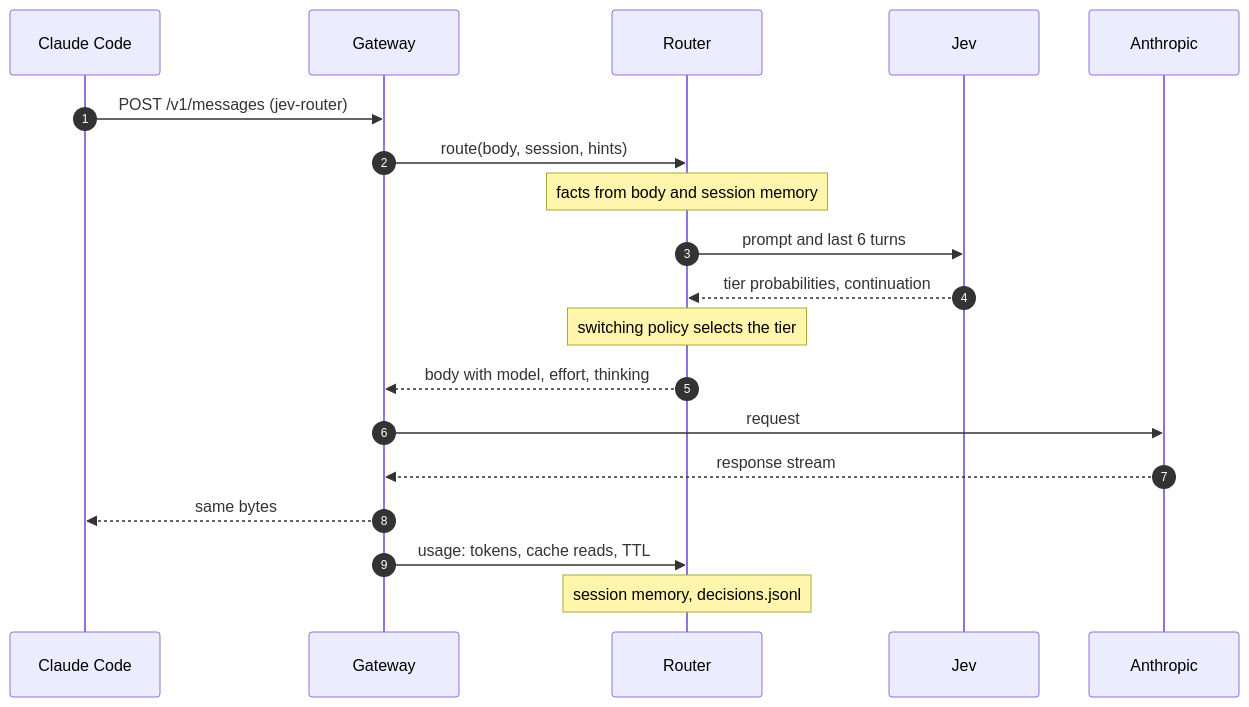
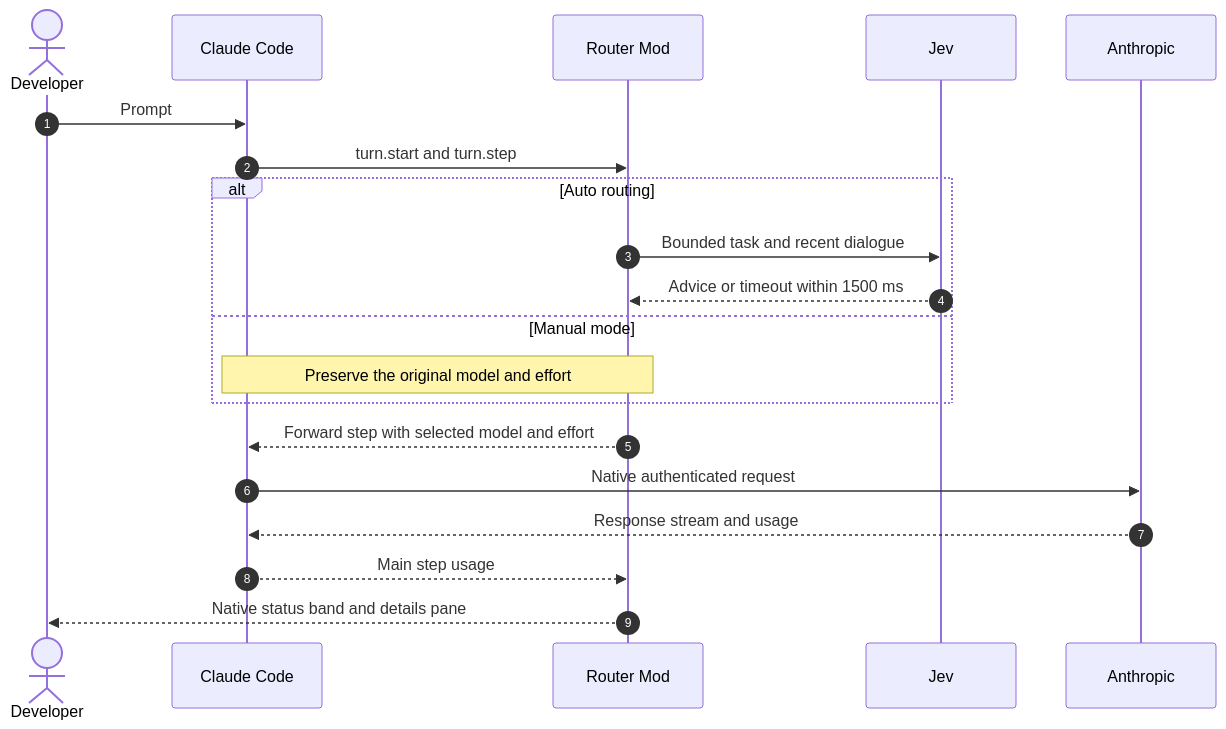
The diagram in docs/architecture.md (alexei-led/claude-router), drawn with Mermaid before and after one commit. The commit also changed other lines of this file and 43 other files, not shown here.

First line of the commit message:
native Mods router candidate (baseline for 1.0.0 work)

````diff
--- a/docs/architecture.md
+++ b/docs/architecture.md
@@ -103,22 +9,22 @@
 ```mermaid
 sequenceDiagram
-  autonumber
-  participant CC as Claude Code
-  participant GW as Gateway
-  participant R as Router
-  participant J as Jev
-  participant A as Anthropic
-
-  CC->>GW: POST /v1/messages (jev-router)
-  GW->>R: route(body, session, hints)
-  Note over R: facts from body and session memory
-  R->>J: prompt and last 6 turns
-  J-->>R: tier probabilities, continuation
-  Note over R: switching policy selects the tier
-  R-->>GW: body with model, effort, thinking
-  GW->>A: request
-  A-->>GW: response stream
-  GW-->>CC: same bytes
-  GW->>R: usage: tokens, cache reads, TTL
-  Note over R: session memory, decisions.jsonl
+    autonumber
+    actor Dev as Developer
+    participant Code as Claude Code
+    participant Mod as Router Mod
+    participant Jev
+    participant API as Anthropic
+    Dev->>Code: Prompt
+    Code->>Mod: turn.start and turn.step
+    alt Auto routing
+        Mod->>Jev: Bounded task and recent dialogue
+        Jev-->>Mod: Advice or timeout within 1500 ms
+    else Manual mode
+        Note over Code,Mod: Preserve the original model and effort
+    end
+    Mod-->>Code: Forward step with selected model and effort
+    Code->>API: Native authenticated request
+    API-->>Code: Response stream and usage
+    Code-->>Mod: Main step usage
+    Mod-->>Dev: Native status band and details pane
 ```
````
